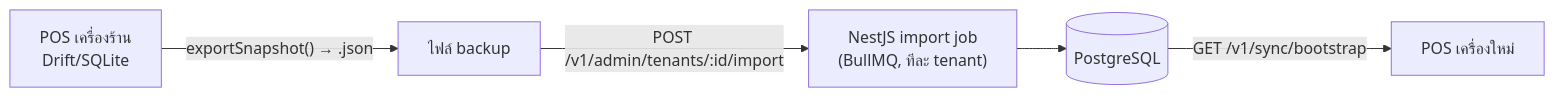
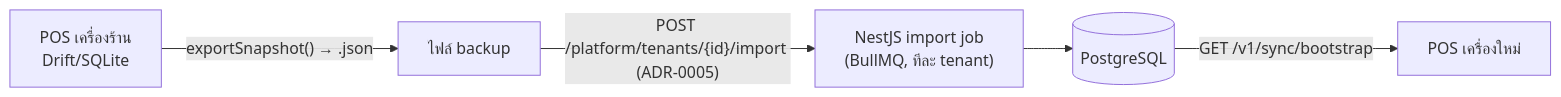
The sixth of 6 diagrams in docs/Backend_design/01_DATABASE.md (NuimanLP/srisurart-pos-flutter), drawn with Mermaid before and after one commit. The commit also changed other lines of this file and 17 other files, not shown here.

````diff
--- a/docs/Backend_design/01_DATABASE.md
+++ b/docs/Backend_design/01_DATABASE.md
@@ -1006,7 +1028,7 @@
 ```mermaid
 flowchart LR
   A["POS เครื่องร้าน<br/>Drift/SQLite"] -->|"exportSnapshot() → .json"| B["ไฟล์ backup"]
-  B -->|"POST /v1/admin/tenants/:id/import"| C["NestJS import job<br/>(BullMQ, ทีละ tenant)"]
+  B -->|"POST /platform/tenants/{id}/import (ADR-0005)"| C["NestJS import job<br/>(BullMQ, ทีละ tenant)"]
   C --> D[("PostgreSQL")]
   D -->|"GET /v1/sync/bootstrap"| E["POS เครื่องใหม่"]
 ```
````
